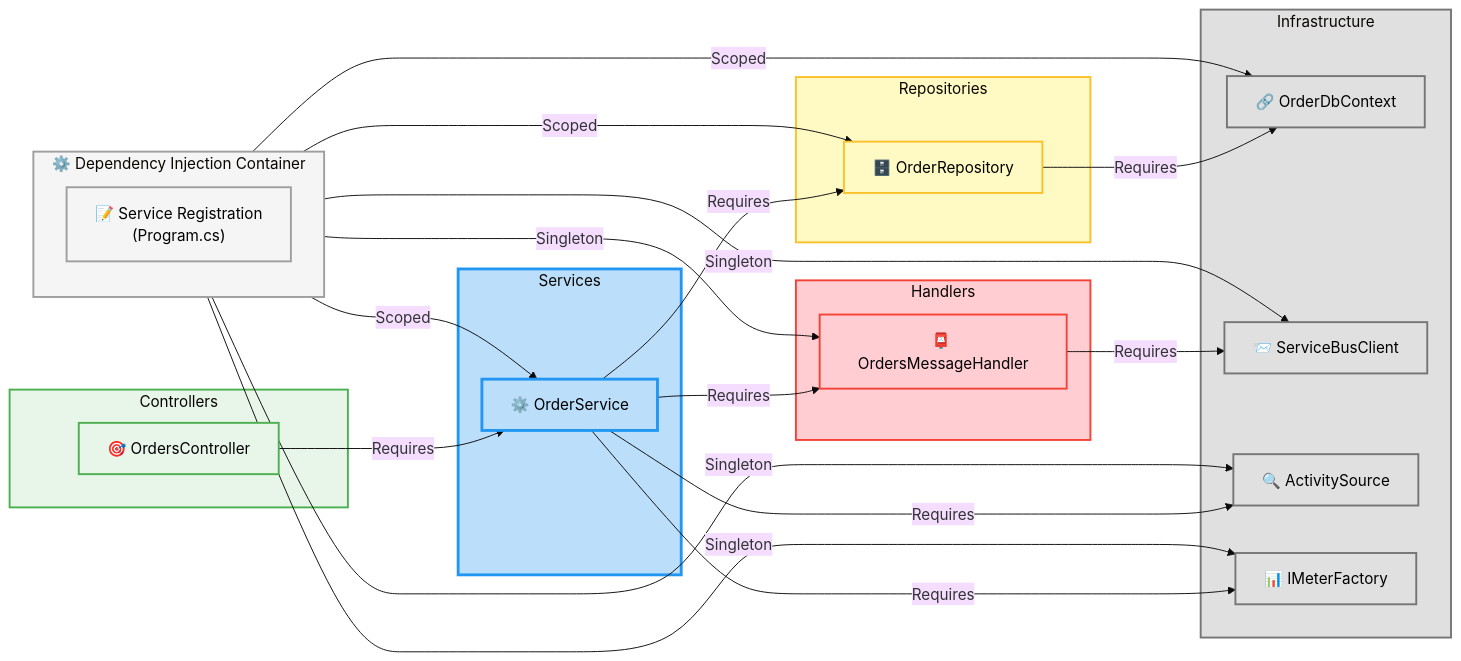
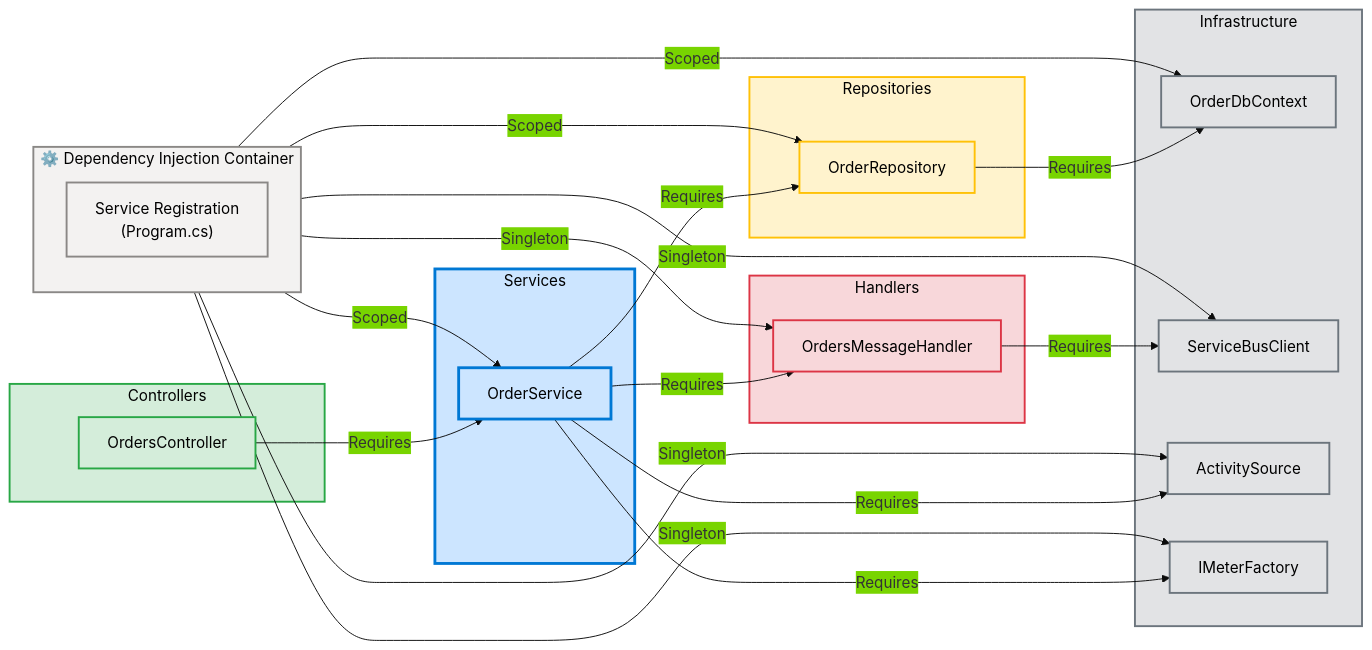
One commit to Evilazaro/Azure-LogicApps-Monitoring changed the fourth of 13 diagrams in docs/architecture/business-layer-architecture.md. Above: the diagram before and after it, drawn with Mermaid. The commit also changed other lines of this file and 1 other file, not shown here.

````diff
--- a/docs/architecture/business-layer-architecture.md
+++ b/docs/architecture/business-layer-architecture.md
@@ -474,6 +533,8 @@
 ---
 config:
   theme: base
+  themeVariables:
+    primaryColor: "#0078D4"
 ---
 graph LR
     accTitle: Component Dependency Graph
@@ -482,35 +543,35 @@
     %% Dependency Injection Container
     subgraph di["⚙️ Dependency Injection Container"]
         direction TB
-        registration["📝 Service Registration<br/>(Program.cs)"]
+        registration["Service Registration<br/>(Program.cs)"]
     end
 
     %% Controllers
     subgraph controllers["Controllers"]
-        ordersCtrl["🎯 OrdersController"]
+        ordersCtrl["OrdersController"]
     end
 
     %% Services
     subgraph services["Services"]
-        orderSvc["⚙️ OrderService"]
+        orderSvc["OrderService"]
     end
 
     %% Repositories
     subgraph repos["Repositories"]
-        orderRepo["🗄️ OrderRepository"]
+        orderRepo["OrderRepository"]
     end
 
     %% Handlers
     subgraph handlers["Handlers"]
-        msgHandler["📮 OrdersMessageHandler"]
+        msgHandler["OrdersMessageHandler"]
     end
 
     %% Infrastructure
     subgraph infra["Infrastructure"]
-        dbContext["🔗 OrderDbContext"]
-        serviceBus["📨 ServiceBusClient"]
-        activitySrc["🔍 ActivitySource"]
-        meterFactory["📊 IMeterFactory"]
+        dbContext["OrderDbContext"]
+        serviceBus["ServiceBusClient"]
+        activitySrc["ActivitySource"]
+        meterFactory["IMeterFactory"]
     end
 
     %% Dependencies
@@ -530,26 +591,18 @@
     orderRepo -->|"Requires"| dbContext
     msgHandler -->|"Requires"| serviceBus
 
-    %% Styling with explicit hex colors (Microsoft Fluent UI / Azure palette)
-    classDef diStyle fill:#F5F5F5,stroke:#9E9E9E,stroke-width:2px,color:#000
-    classDef ctrlStyle fill:#E8F5E9,stroke:#4CAF50,stroke-width:2px,color:#000
-    classDef svcStyle fill:#BBDEFB,stroke:#2196F3,stroke-width:3px,color:#000
-    classDef repoStyle fill:#FFF9C4,stroke:#FBC02D,stroke-width:2px,color:#000
-    classDef handlerStyle fill:#FFCDD2,stroke:#F44336,stroke-width:2px,color:#000
-    classDef infraStyle fill:#E0E0E0,stroke:#757575,stroke-width:2px,color:#000
+    %% Styling
+    classDef diStyle fill:#F3F2F1,stroke:#8A8886,stroke-width:2px,color:#000
+    classDef ctrlStyle fill:#D4EDDA,stroke:#28A745,stroke-width:2px,color:#000
+    classDef svcStyle fill:#CCE5FF,stroke:#0078D4,stroke-width:3px,color:#000
+    classDef repoStyle fill:#FFF3CD,stroke:#FFC107,stroke-width:2px,color:#000
+    classDef handlerStyle fill:#F8D7DA,stroke:#DC3545,stroke-width:2px,color:#000
+    classDef infraStyle fill:#E2E3E5,stroke:#6C757D,stroke-width:2px,color:#000
 
-    class registration diStyle
-    class ordersCtrl ctrlStyle
-    class orderSvc svcStyle
-    class orderRepo repoStyle
-    class msgHandler handlerStyle
-    class dbContext,serviceBus,activitySrc,meterFactory infraStyle
-
-    %% Subgraph styling (MRM-S001 compliant - use style not class)
-    style di fill:#F5F5F5,stroke:#9E9E9E,stroke-width:2px
-    style controllers fill:#E8F5E9,stroke:#4CAF50,stroke-width:2px
-    style services fill:#BBDEFB,stroke:#2196F3,stroke-width:3px
-    style repos fill:#FFF9C4,stroke:#FBC02D,stroke-width:2px
-    style handlers fill:#FFCDD2,stroke:#F44336,stroke-width:2px
-    style infra fill:#E0E0E0,stroke:#757575,stroke-width:2px
+    class di,registration diStyle
+    class controllers,ordersCtrl ctrlStyle
+    class services,orderSvc svcStyle
+    class repos,orderRepo repoStyle
+    class handlers,msgHandler handlerStyle
+    class infra,dbContext,serviceBus,activitySrc,meterFactory infraStyle
 ```
````
